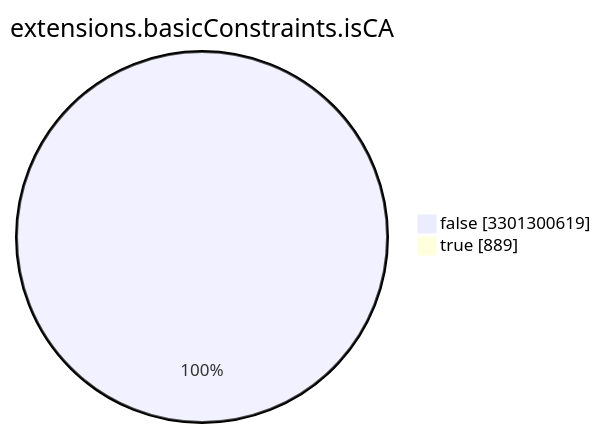
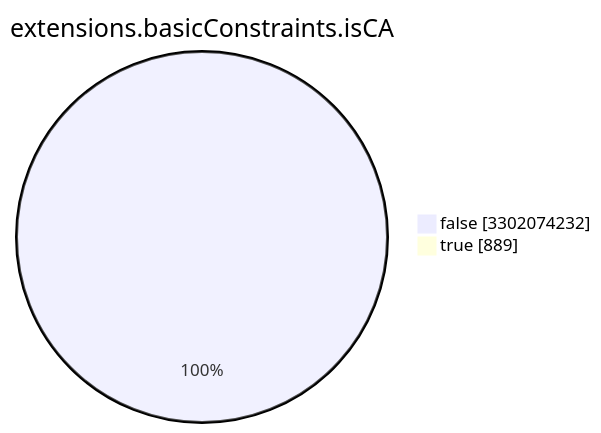
The seventh of 15 diagrams in TOTAL/README.md (christiankrug/ctmonitor_visualization), drawn with Mermaid before and after one commit. The commit also changed other lines of this file, not shown here.

````diff
--- a/TOTAL/README.md
+++ b/TOTAL/README.md
@@ -3089,6 +3089,6 @@
 ```mermaid
 pie showData
 title extensions.basicConstraints.isCA
-"false" :3301300619
+"false" :3302074232
 "true" :889
 ```
````
